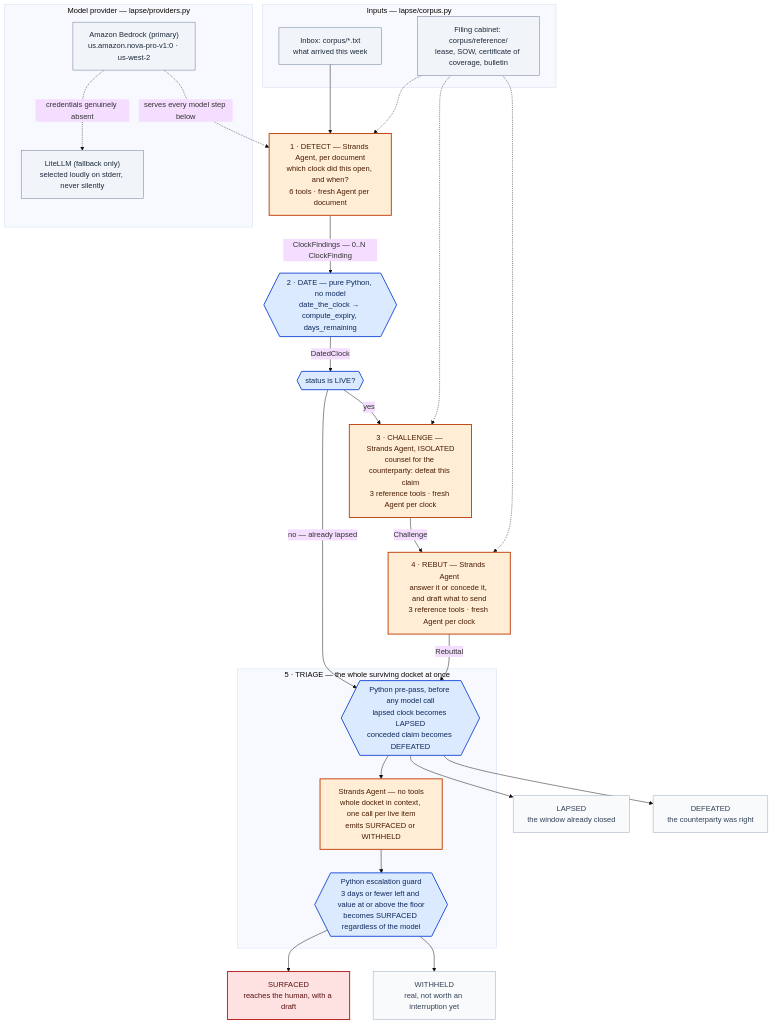
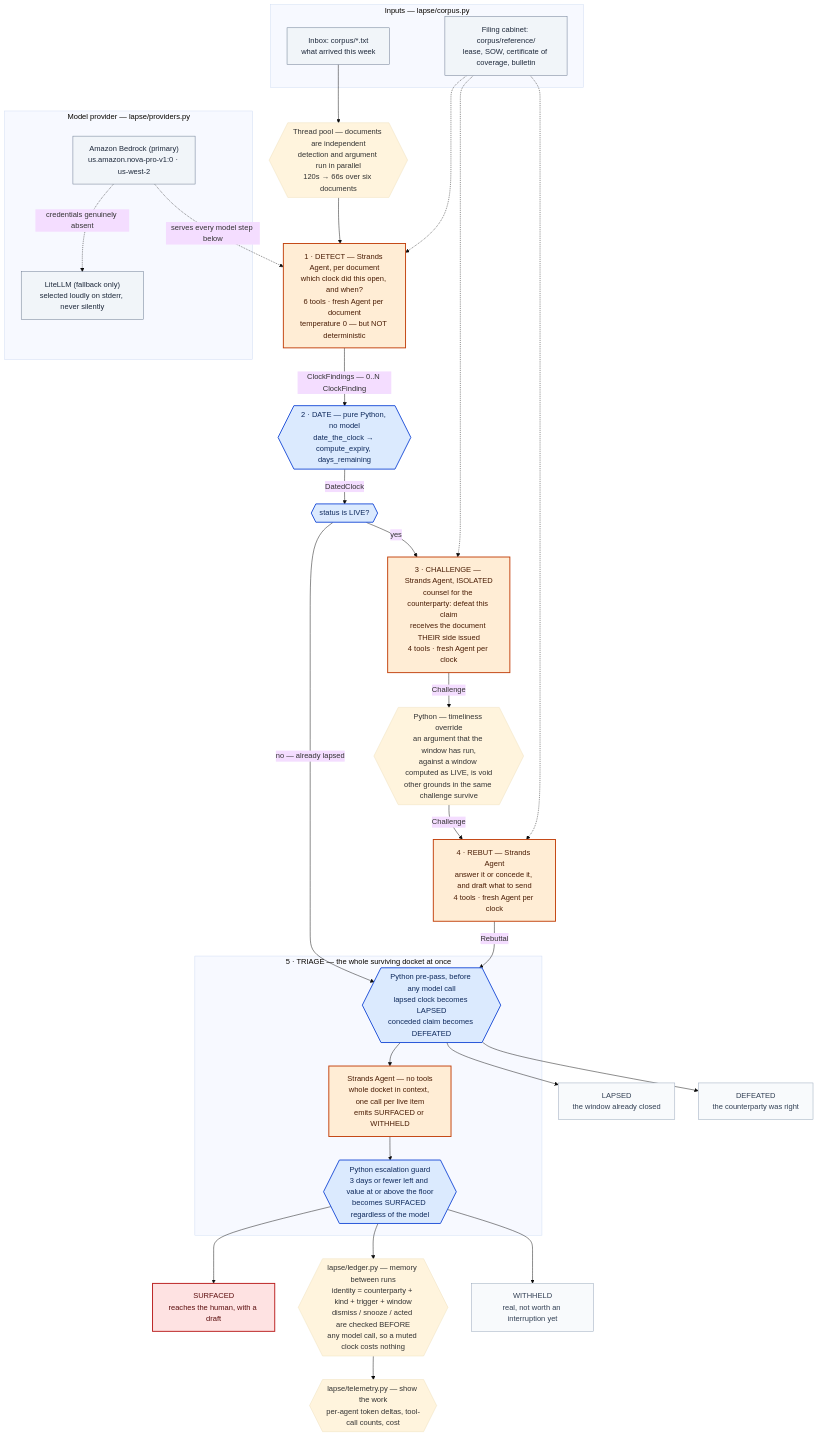
The diagram in docs/ARCHITECTURE.md (aswin-giridhar/lapse), drawn with Mermaid (base theme) before and after one commit. The commit also changed other lines of this file and 1 other file, not shown here.

First line of the commit message:
Bring the architecture doc, diagram and README up to date

````diff
--- a/docs/ARCHITECTURE.md
+++ b/docs/ARCHITECTURE.md
@@ -15,64 +15,74 @@
 ```mermaid
 flowchart TD
     classDef model fill:#ffedd5,stroke:#c2410c,stroke-width:2px,color:#4a1d05
     classDef py fill:#dbeafe,stroke:#1d4ed8,stroke-width:2px,color:#0f2a5c
     classDef io fill:#f1f5f9,stroke:#64748b,stroke-width:1px,color:#1e293b
     classDef hot fill:#fee2e2,stroke:#b91c1c,stroke-width:2px,color:#5c0f0f
     classDef cold fill:#f8fafc,stroke:#94a3b8,stroke-width:1px,color:#334155
 
     subgraph IN["Inputs — lapse/corpus.py"]
         INBOX["Inbox: corpus/*.txt<br/>what arrived this week"]
         REFS["Filing cabinet: corpus/reference/<br/>lease, SOW, certificate of coverage, bulletin"]
     end
 
     subgraph PROV["Model provider — lapse/providers.py"]
         BEDROCK["Amazon Bedrock (primary)<br/>us.amazon.nova-pro-v1:0 · us-west-2"]
         FALL["LiteLLM (fallback only)<br/>selected loudly on stderr, never silently"]
     end
     BEDROCK -. "credentials genuinely absent" .-> FALL
     BEDROCK -. "serves every model step below" .-> DETECT
 
-    INBOX --> DETECT
-    DETECT["1 · DETECT — Strands Agent, per document<br/>which clock did this open, and when?<br/>6 tools · fresh Agent per document"]
+    INBOX --> POOL
+    POOL{{"Thread pool — documents are independent<br/>detection and argument run in parallel<br/>120s → 66s over six documents"}}
+    POOL --> DETECT
+    DETECT["1 · DETECT — Strands Agent, per document<br/>which clock did this open, and when?<br/>6 tools · fresh Agent per document<br/>temperature 0 — but NOT deterministic"]
     DETECT -- "ClockFindings — 0..N ClockFinding" --> DATE
 
     DATE{{"2 · DATE — pure Python, no model<br/>date_the_clock → compute_expiry, days_remaining"}}
     DATE -- "DatedClock" --> GATE
 
     GATE{{"status is LIVE?"}}
     GATE -- "no — already lapsed" --> TPRE
     GATE -- "yes" --> CHAL
 
-    CHAL["3 · CHALLENGE — Strands Agent, ISOLATED<br/>counsel for the counterparty: defeat this claim<br/>3 reference tools · fresh Agent per clock"]
-    CHAL -- "Challenge" --> REBUT
+    CHAL["3 · CHALLENGE — Strands Agent, ISOLATED<br/>counsel for the counterparty: defeat this claim<br/>receives the document THEIR side issued<br/>4 tools · fresh Agent per clock"]
+    CHAL -- "Challenge" --> VOID
 
-    REBUT["4 · REBUT — Strands Agent<br/>answer it or concede it, and draft what to send<br/>3 reference tools · fresh Agent per clock"]
+    VOID{{"Python — timeliness override<br/>an argument that the window has run,<br/>against a window computed as LIVE, is void<br/>other grounds in the same challenge survive"}}
+    VOID -- "Challenge" --> REBUT
+
+    REBUT["4 · REBUT — Strands Agent<br/>answer it or concede it, and draft what to send<br/>4 tools · fresh Agent per clock"]
     REBUT -- "Rebuttal" --> TPRE
 
     subgraph TRIAGE["5 · TRIAGE — the whole surviving docket at once"]
         TPRE{{"Python pre-pass, before any model call<br/>lapsed clock becomes LAPSED<br/>conceded claim becomes DEFEATED"}}
         TMOD["Strands Agent — no tools<br/>whole docket in context, one call per live item<br/>emits SURFACED or WITHHELD"]
         TGUARD{{"Python escalation guard<br/>3 days or fewer left and value at or above the floor<br/>becomes SURFACED regardless of the model"}}
         TPRE --> TMOD --> TGUARD
     end
 
     TGUARD --> OUT1
     TPRE --> OUT4
+    TGUARD --> LEDGER
+
+    LEDGER{{"lapse/ledger.py — memory between runs<br/>identity = counterparty + kind + trigger + window<br/>dismiss / snooze / acted are checked BEFORE<br/>any model call, so a muted clock costs nothing"}}
+    LEDGER --> TELEM
+    TELEM{{"lapse/telemetry.py — show the work<br/>per-agent token deltas, tool-call counts, cost"}}
 
     OUT1["SURFACED<br/>reaches the human, with a draft"]
     OUT2["WITHHELD<br/>real, not worth an interruption yet"]
     OUT3["DEFEATED<br/>the counterparty was right"]
     OUT4["LAPSED<br/>the window already closed"]
     TGUARD --> OUT2
     TPRE --> OUT3
 
     REFS -.-> DETECT
     REFS -.-> CHAL
     REFS -.-> REBUT
 
     class DATE,GATE,TPRE,TGUARD py
     class DETECT,CHAL,REBUT,TMOD model
     class INBOX,REFS,BEDROCK,FALL io
     class OUT1 hot
     class OUT2,OUT3,OUT4 cold
 ```
````
